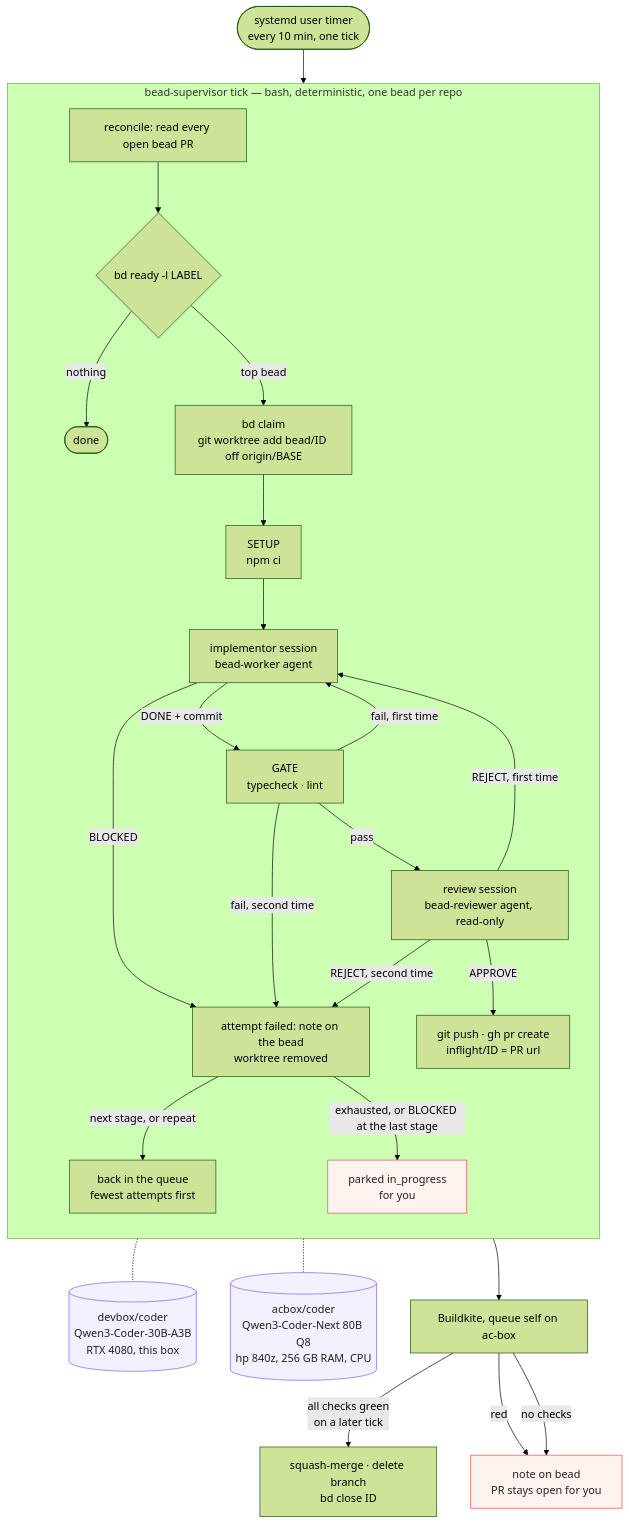
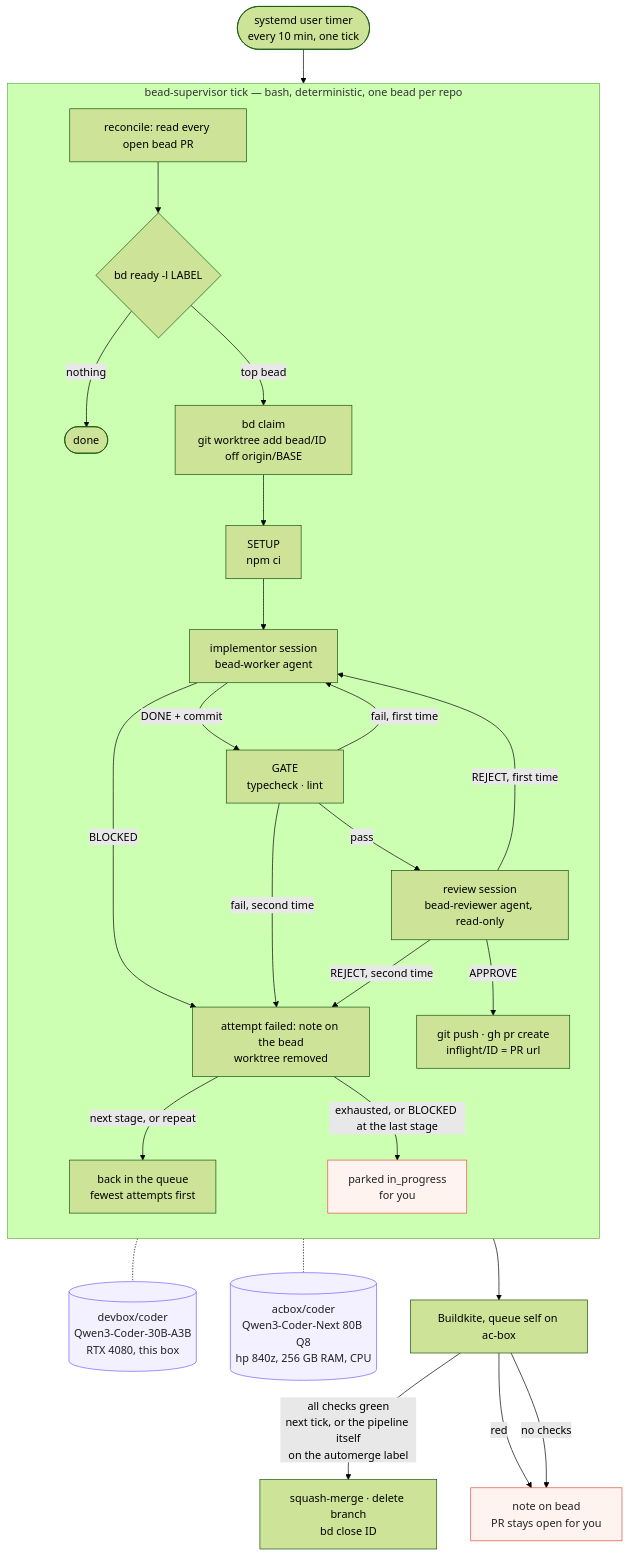
Before and after one commit to imkarrer/bead-loop: the diagram in docs/loop.mmd, drawn with Mermaid (forest theme). The commit also changed 5 other files, not shown here.

First line of the commit message:
merge = "pipeline": the loop labels the PR "automerge" and the CI pipeline merges it (#6)

```diff
--- a/docs/loop.mmd
+++ b/docs/loop.mmd
@@ -1,34 +1,34 @@
 flowchart TD
   T([systemd user timer<br/>every 10 min, one tick]) --> R
 
   subgraph tick [bead-supervisor tick — bash, deterministic, one bead per repo]
     direction TB
     R[reconcile: read every open bead PR] --> P{bd ready -l LABEL}
     P -- nothing --> Z([done])
     P -- top bead --> C[bd claim<br/>git worktree add bead/ID off origin/BASE]
     C --> U[SETUP<br/>npm ci]
     U --> W[implementor session<br/>bead-worker agent]
     W -- DONE + commit --> G[GATE<br/>typecheck · lint]
     W -- BLOCKED --> F
     G -- fail, first time --> W
     G -- fail, second time --> F
     G -- pass --> V[review session<br/>bead-reviewer agent, read-only]
     V -- REJECT, first time --> W
     V -- REJECT, second time --> F[attempt failed: note on the bead<br/>worktree removed]
     F -- next stage, or repeat --> Q[back in the queue<br/>fewest attempts first]
     F -- exhausted, or BLOCKED at the last stage --> H[parked in_progress<br/>for you]
     V -- APPROVE --> PR[git push · gh pr create<br/>inflight/ID = PR url]
   end
 
   W -.- GPU[(devbox/coder<br/>Qwen3-Coder-30B-A3B<br/>RTX 4080, this box)]
   V -.- CPU[(acbox/coder<br/>Qwen3-Coder-Next 80B Q8<br/>hp 840z, 256 GB RAM, CPU)]
 
   PR --> CI[Buildkite, queue self on ac-box]
-  CI -- all checks green<br/>on a later tick --> M[squash-merge · delete branch<br/>bd close ID]
+  CI -- all checks green<br/>next tick, or the pipeline itself<br/>on the automerge label --> M[squash-merge · delete branch<br/>bd close ID]
   CI -- red --> N[note on bead<br/>PR stays open for you]
   CI -- no checks --> N
 
   classDef model fill:#f3f0ff,stroke:#7c5cff,color:#222
   classDef stop fill:#fff3f0,stroke:#e0503c,color:#222
   class GPU,CPU model
   class H,N stop
```
